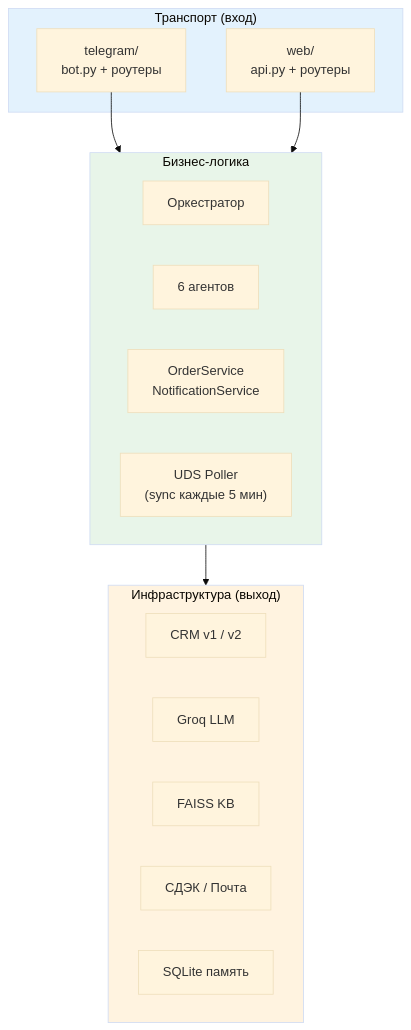
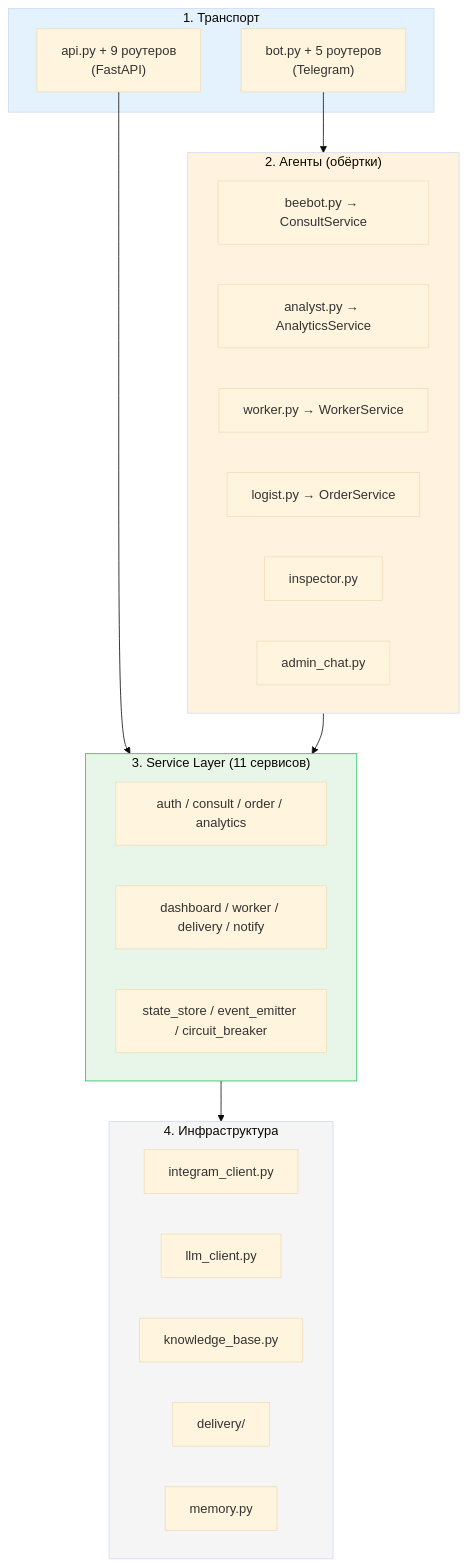
One commit to alekseymavai/BEEBOT changed diagram 12 of 15 in docs/architecture.md. Above: the diagram before and after it, drawn with Mermaid (base theme). The commit also changed other lines of this file and 42 other files, not shown here.

````diff
--- a/docs/architecture.md
+++ b/docs/architecture.md
@@ -292,30 +500,41 @@
 ```mermaid
 graph TB
-    subgraph TRANSPORT["Транспорт (вход)"]
-        TG["telegram/<br/>bot.py + роутеры"]
-        WEB_T["web/<br/>api.py + роутеры"]
+    subgraph TRANSPORT["1. Транспорт"]
+        TG["bot.py + 5 роутеров<br/>(Telegram)"]
+        WEB_T["api.py + 9 роутеров<br/>(FastAPI)"]
     end
 
-    subgraph LOGIC["Бизнес-логика"]
-        ORCH_L["Оркестратор"]
-        AGENTS_L["6 агентов"]
-        SVC["OrderService<br/>NotificationService"]
-        UDS_L["UDS Poller<br/>(sync каждые 5 мин)"]
+    subgraph AGENTS_F["2. Агенты (обёртки)"]
+        BEEBOT_F["beebot.py → ConsultService"]
+        ANALYST_F["analyst.py → AnalyticsService"]
+        WORKER_AF["worker.py → WorkerService"]
+        LOGIST_F["logist.py → OrderService"]
+        INSPECT_F["inspector.py"]
+        ADMIN_F["admin_chat.py"]
     end
 
-    subgraph INFRA_L["Инфраструктура (выход)"]
-        CRM_L["CRM v1 / v2"]
-        LLM_L["Groq LLM"]
-        KB_L["FAISS KB"]
-        DEL_L["СДЭК / Почта"]
-        MEM_L["SQLite память"]
+    subgraph SVC["3. Service Layer (11 сервисов)"]
+        direction LR
+        S1["auth / consult / order / analytics"]
+        S2["dashboard / worker / delivery / notify"]
+        S3["state_store / event_emitter / circuit_breaker"]
     end
 
-    TG --> LOGIC
-    WEB_T --> LOGIC
-    LOGIC --> INFRA_L
+    subgraph INFRA_F["4. Инфраструктура"]
+        CRM_F["integram_client.py"]
+        LLM_F["llm_client.py"]
+        KB_F["knowledge_base.py"]
+        DEL_F["delivery/"]
+        MEM_F["memory.py"]
+    end
+
+    TG --> AGENTS_F
+    WEB_T --> SVC
+    AGENTS_F --> SVC
+    SVC --> INFRA_F
 
     style TRANSPORT fill:#e3f2fd
-    style LOGIC fill:#e8f5e9
-    style INFRA_L fill:#fff3e0
+    style AGENTS_F fill:#fff3e0
+    style SVC fill:#e8f5e9,stroke:#22c55e
+    style INFRA_F fill:#f5f5f5
 ```
````
